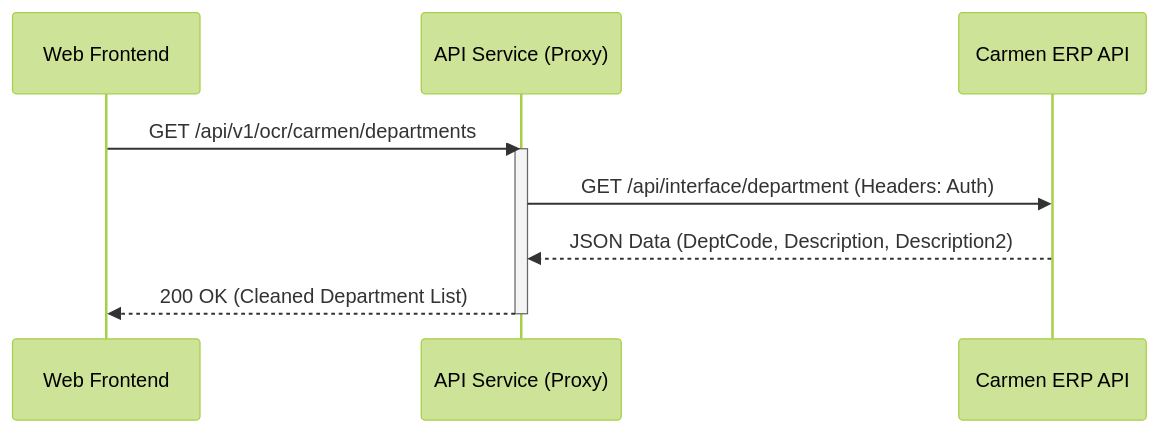
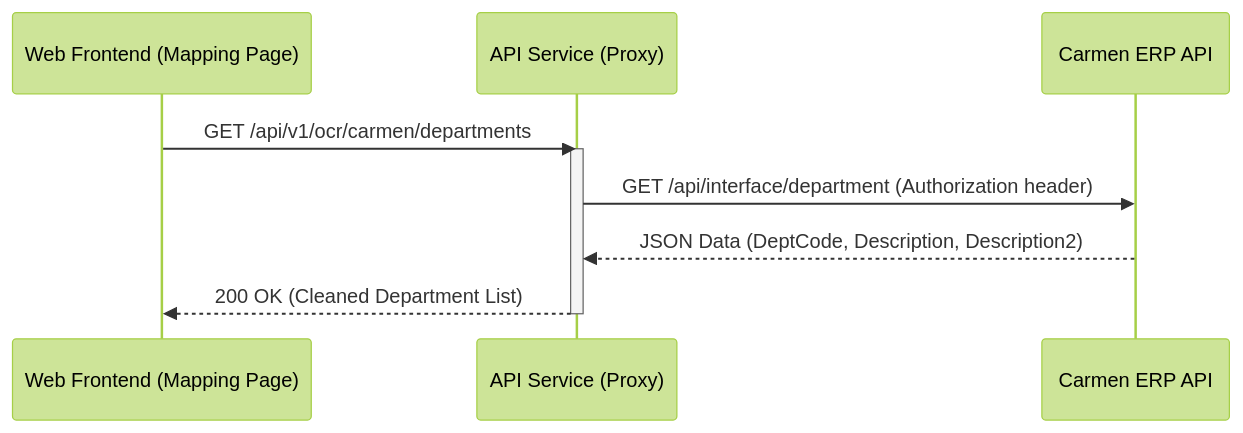
The fifth of 7 diagrams in docs/Software_Requirements_Specification.md (SupportCarmen/OCR), drawn with Mermaid (forest theme) before and after one commit. The commit also changed other lines of this file and 2 other files, not shown here.

````diff
--- a/docs/Software_Requirements_Specification.md
+++ b/docs/Software_Requirements_Specification.md
@@ -120,13 +168,13 @@
 ```mermaid
 sequenceDiagram
-    participant UI as Web Frontend
+    participant UI as Web Frontend (Mapping Page)
     participant API as API Service (Proxy)
     participant Carmen as Carmen ERP API
 
     UI->>API: GET /api/v1/ocr/carmen/departments
     activate API
-    API->>Carmen: GET /api/interface/department (Headers: Auth)
+    API->>Carmen: GET /api/interface/department (Authorization header)
     Carmen-->>API: JSON Data (DeptCode, Description, Description2)
     API-->>UI: 200 OK (Cleaned Department List)
     deactivate API
 ```
````
